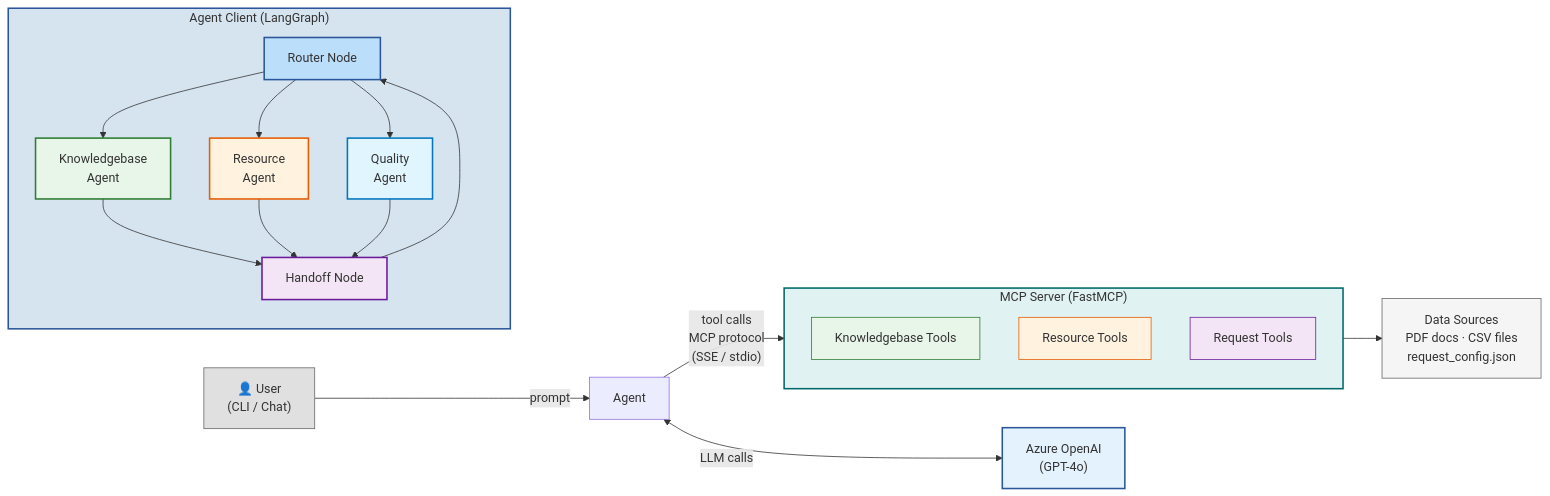
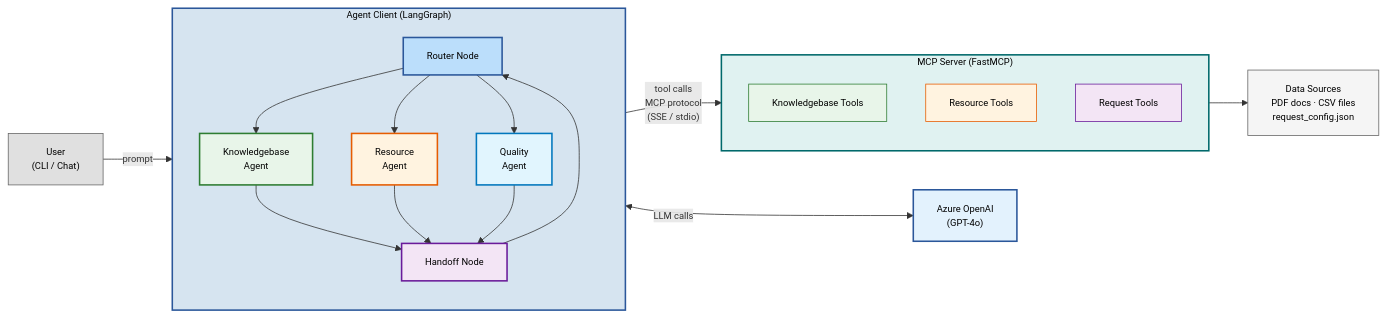
The first of 3 diagrams in docs/architecture.md (vsrajan/AgenticAI), drawn with Mermaid before and after one commit. The commit also changed other lines of this file, not shown here.

First line of the commit message:
Improve Mermaid diagram legibility for dark-theme browsers

````diff
--- a/docs/architecture.md
+++ b/docs/architecture.md
@@ -11,48 +11,49 @@
 ```mermaid
+%%{init: {'theme': 'default', 'themeVariables': {'fontSize': '12px'}, 'flowchart': {'useMaxWidth': false}}}%%
 graph LR
-    User["👤 User<br/>(CLI / Chat)"]
-    User -->|"prompt"| Agent
+    User["User<br/>(CLI / Chat)"]
+    User -->|"prompt"| Router
 
     subgraph AgentClient["Agent Client (LangGraph)"]
         direction TB
         Router["Router Node"]
         KB["Knowledgebase<br/>Agent"]
         Res["Resource<br/>Agent"]
         Qual["Quality<br/>Agent"]
         Handoff["Handoff Node"]
         Router --> KB
         Router --> Res
         Router --> Qual
         KB --> Handoff
         Res --> Handoff
         Qual --> Handoff
         Handoff --> Router
     end
 
-    Agent -->|"tool calls<br/>MCP protocol<br/>(SSE / stdio)"| MCP
+    Res -->|"tool calls<br/>MCP protocol<br/>(SSE / stdio)"| MCP
 
     subgraph MCP["MCP Server (FastMCP)"]
         direction TB
         KBTools["Knowledgebase Tools"]
         ResTools["Resource Tools"]
         ReqTools["Request Tools"]
     end
 
-    Agent <-->|"LLM calls"| LLM["Azure OpenAI<br/>(GPT-4o)"]
+    Router <-->|"LLM calls"| LLM["Azure OpenAI<br/>(GPT-4o)"]
 
     MCP --> Data["Data Sources<br/>PDF docs · CSV files<br/>request_config.json"]
 
-    style AgentClient fill:#d6e4f0,stroke:#2b579a,stroke-width:2px
-    style MCP fill:#e0f2f1,stroke:#00696b,stroke-width:2px
-    style LLM fill:#e3f2fd,stroke:#2b579a,stroke-width:2px
-    style Data fill:#f5f5f5,stroke:#666,stroke-width:1px
-    style User fill:#e0e0e0,stroke:#666,stroke-width:1px
-    style Router fill:#bbdefb,stroke:#2b579a,stroke-width:2px
-    style KB fill:#e8f5e9,stroke:#2e7d32,stroke-width:2px
-    style Res fill:#fff3e0,stroke:#e65c00,stroke-width:2px
-    style Qual fill:#e1f5fe,stroke:#0277bd,stroke-width:2px
-    style Handoff fill:#f3e5f5,stroke:#6a1b9a,stroke-width:2px
-    style KBTools fill:#e8f5e9,stroke:#2e7d32,stroke-width:1px
-    style ResTools fill:#fff3e0,stroke:#e65c00,stroke-width:1px
-    style ReqTools fill:#f3e5f5,stroke:#6a1b9a,stroke-width:1px
+    style AgentClient fill:#d6e4f0,stroke:#2b579a,stroke-width:2px,color:#000
+    style MCP fill:#e0f2f1,stroke:#00696b,stroke-width:2px,color:#000
+    style LLM fill:#e3f2fd,stroke:#2b579a,stroke-width:2px,color:#000
+    style Data fill:#f5f5f5,stroke:#666,stroke-width:1px,color:#000
+    style User fill:#e0e0e0,stroke:#666,stroke-width:1px,color:#000
+    style Router fill:#bbdefb,stroke:#2b579a,stroke-width:2px,color:#000
+    style KB fill:#e8f5e9,stroke:#2e7d32,stroke-width:2px,color:#000
+    style Res fill:#fff3e0,stroke:#e65c00,stroke-width:2px,color:#000
+    style Qual fill:#e1f5fe,stroke:#0277bd,stroke-width:2px,color:#000
+    style Handoff fill:#f3e5f5,stroke:#6a1b9a,stroke-width:2px,color:#000
+    style KBTools fill:#e8f5e9,stroke:#2e7d32,stroke-width:1px,color:#000
+    style ResTools fill:#fff3e0,stroke:#e65c00,stroke-width:1px,color:#000
+    style ReqTools fill:#f3e5f5,stroke:#6a1b9a,stroke-width:1px,color:#000
 ```
````
